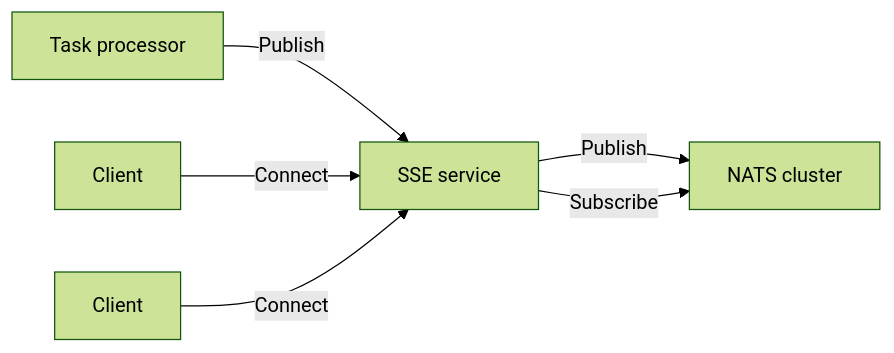
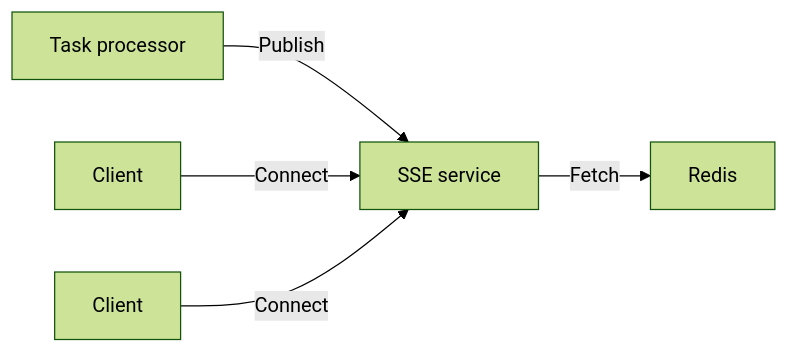
One commit to Flagsmith/flagsmith changed the first of 2 diagrams in docs/docs/deployment/hosting/real-time/index.md. Above: the diagram before and after it, drawn with Mermaid (forest theme). The commit also changed other lines of this file and 3 other files, not shown here.

````diff
--- a/docs/docs/deployment/hosting/real-time/index.md
+++ b/docs/docs/deployment/hosting/real-time/index.md
@@ -37,14 +36,13 @@
 ```mermaid
 graph LR
     api[Task processor]
     sse[SSE service]
-    nats[NATS cluster]
+    nats[Redis]
     client1[Client]
     client2[Client]
 
     api -->|Publish| sse
-    sse -->|Publish| nats
-    sse -->|Subscribe| nats
+    sse -->|Fetch| nats
     client1 -->|Connect| sse
     client2 -->|Connect| sse
 ```
````
